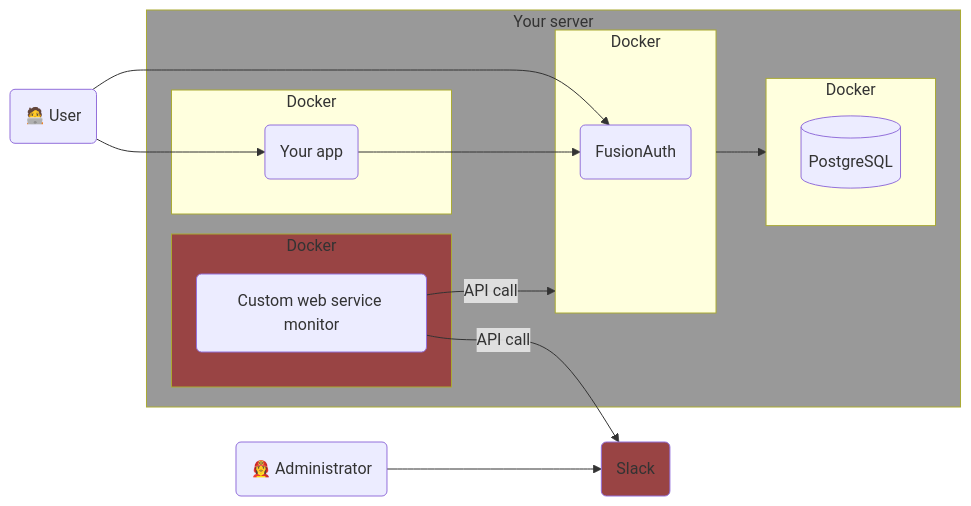
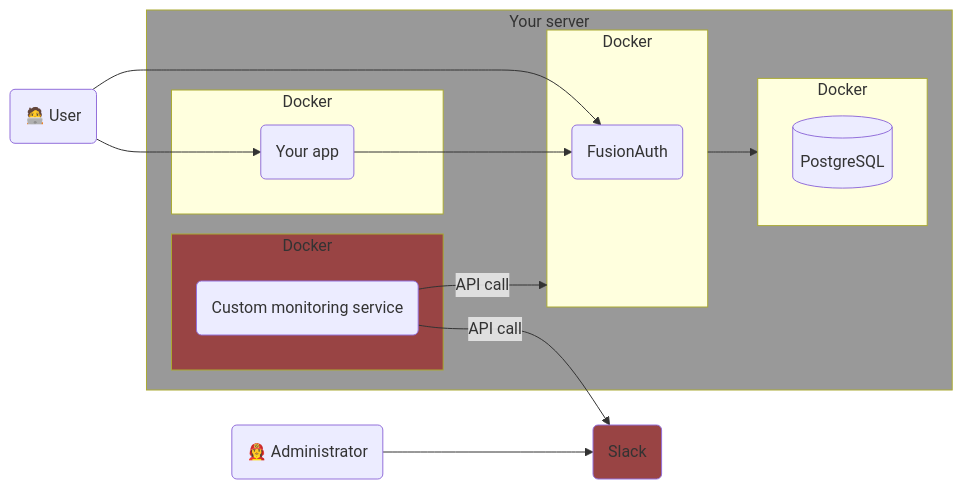
Before and after one commit to FusionAuth/fusionauth-site: the second of 2 diagrams in astro/src/content/docs/operate/secure-and-monitor/slack.mdx, drawn with Mermaid. The commit also changed other lines of this file and 1 other file, not shown here.

````diff
--- a/astro/src/content/docs/operate/secure-and-monitor/slack.mdx
+++ b/astro/src/content/docs/operate/secure-and-monitor/slack.mdx
@@ -66,30 +66,30 @@
 ```mermaid
 graph LR
   X(Slack)
   subgraph I[Your server]
     subgraph G[Docker]
       H[(PostgreSQL)]
     end
     subgraph C[Docker]
       A(FusionAuth)
     end
     subgraph E[Docker]
-      B(Custom web service monitor)
+      B(Custom monitoring service)
     end
     subgraph J[Docker]
       F(Your app)
     end
   end
   D(🧑‍💻 User)
   K(👩‍🚒 Administrator)
   D --> F
   D --> A
   C --> G
   F --> A
   B --> |API call| C
   B --> |API call| X
   K --> X
   style I fill:#999
   style E fill:#944
   style X fill:#944
 ```
````
